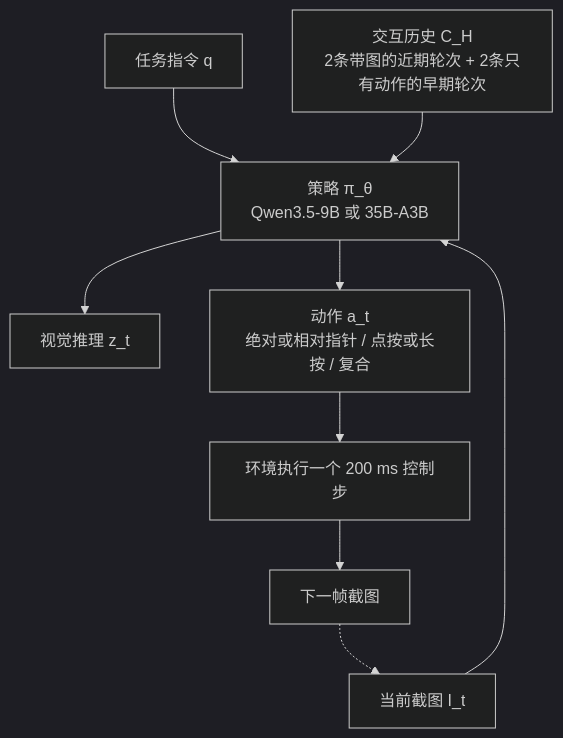
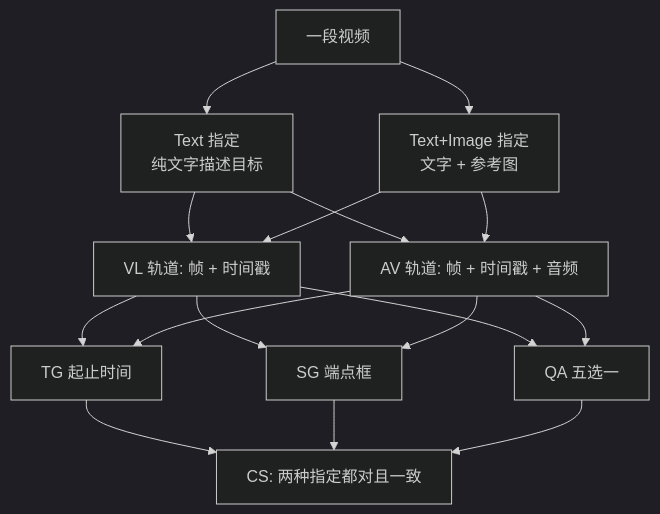
One commit to yingwang/paper-reads changed the second of 3 diagrams in docs/index.md. Above: the diagram before and after it, drawn with Mermaid (dark theme). The commit also changed other lines of this file and 2 other files, not shown here.

````diff
--- a/docs/index.md
+++ b/docs/index.md
@@ -81,11 +84,18 @@
 ```mermaid
 flowchart TD
-    Q[任务指令 q] --> P
-    I[当前截图 I_t] --> P
-    H[交互历史 C_H<br/>2条带图的近期轮次 + 2条只有动作的早期轮次] --> P
-    P[策略 π_θ<br/>Qwen3.5-9B 或 35B-A3B] --> Z[视觉推理 z_t]
-    P --> A[动作 a_t<br/>绝对或相对指针 / 点按或长按 / 复合]
-    A --> ENV[环境执行一个 200 ms 控制步]
-    ENV --> I2[下一帧截图]
-    I2 -.-> I
+    V[一段视频] --> T1[Text 指定<br/>纯文字描述目标]
+    V --> T2[Text+Image 指定<br/>文字 + 参考图]
+    T1 --> VL[VL 轨道: 帧 + 时间戳]
+    T2 --> VL
+    T1 --> AV[AV 轨道: 帧 + 时间戳 + 音频]
+    T2 --> AV
+    VL --> TG[TG 起止时间]
+    VL --> SG[SG 端点框]
+    VL --> QA[QA 五选一]
+    AV --> TG
+    AV --> SG
+    AV --> QA
+    TG --> CS[CS: 两种指定都对且一致]
+    SG --> CS
+    QA --> CS
 ```
````
